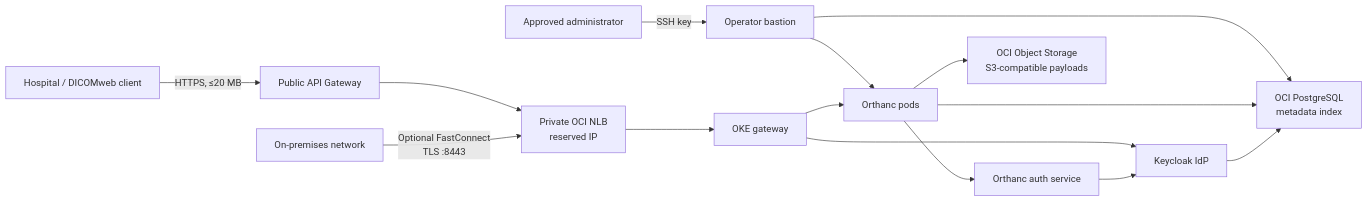
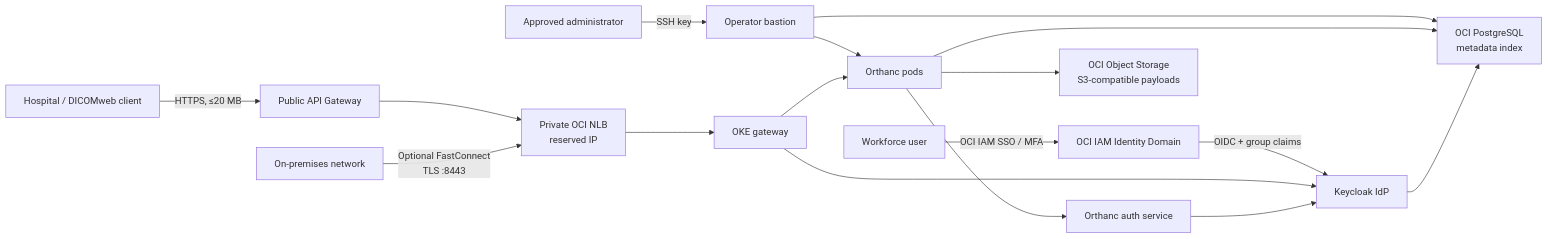
One commit to dranicu/oci-dicom-store changed the diagram in README.md. Above: the diagram before and after it, drawn with Mermaid. The commit also changed other lines of this file and 10 other files, not shown here.

Commit message:
feat: integrate OCI Identity Domains SSO

````diff
--- a/README.md
+++ b/README.md
@@ -29,17 +30,19 @@
 ```mermaid
 flowchart LR
   Client["Hospital / DICOMweb client"] -->|"HTTPS, ≤20 MB"| APIGW["Public API Gateway"]
+  User["Workforce user"] -->|"OCI IAM SSO / MFA"| OCIID["OCI IAM Identity Domain"]
+  OCIID -->|"OIDC + group claims"| KC
   Admin["Approved administrator"] -->|"SSH key"| Bastion["Operator bastion"]
   APIGW --> NLB["Private OCI NLB<br/>reserved IP"]
   Bastion --> OKE
   Bastion --> PG
   NLB --> Proxy["OKE gateway"]
   Proxy --> OKE["Orthanc pods"]
   Proxy --> KC["Keycloak IdP"]
   OKE --> Auth["Orthanc auth service"]
   Auth --> KC
   OKE --> PG["OCI PostgreSQL<br/>metadata index"]
   KC --> PG
   OKE --> OS["OCI Object Storage<br/>S3-compatible payloads"]
   OnPrem["On-premises network"] -->|"Optional FastConnect<br/>TLS :8443"| NLB
 ```
````
